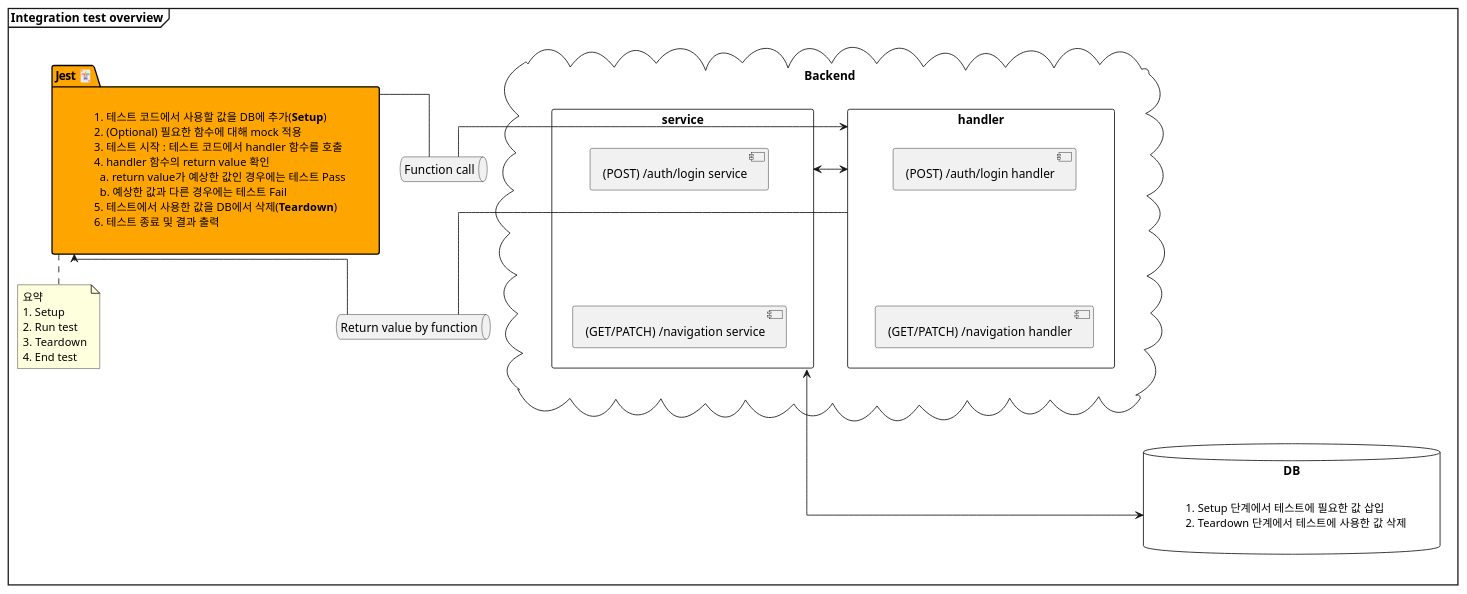
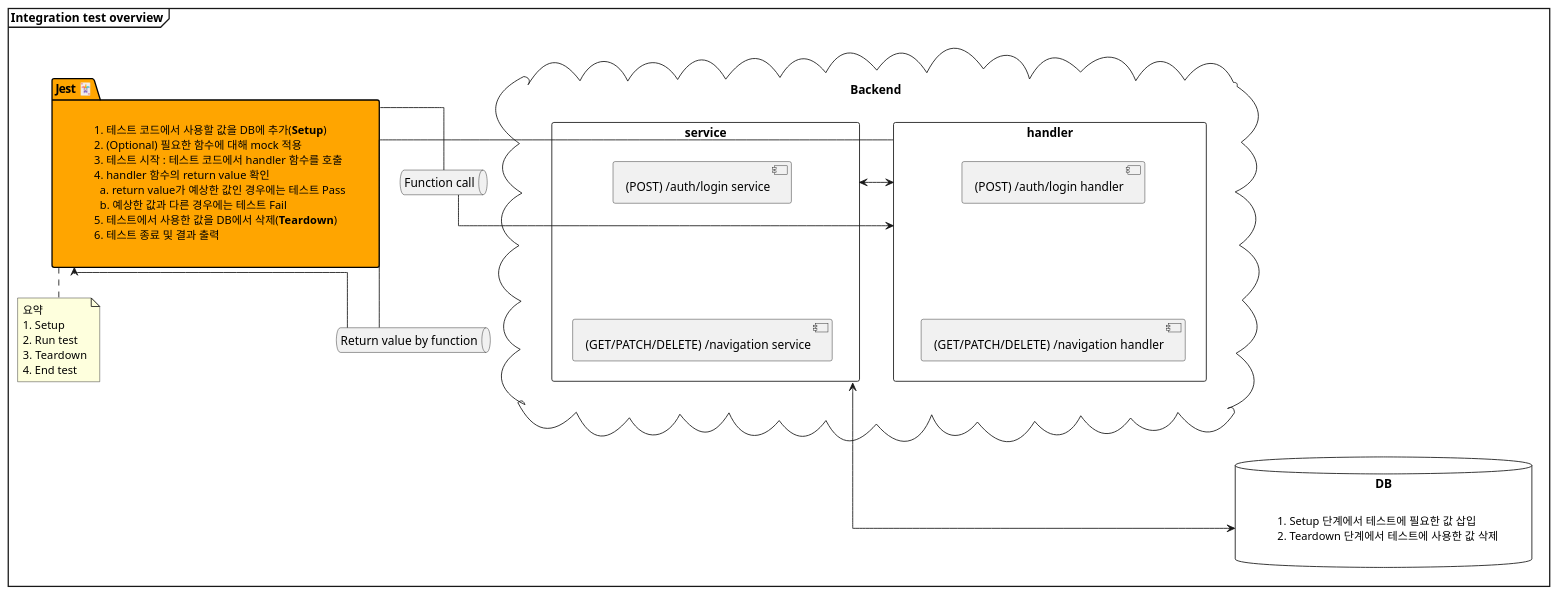
One commit to phoi5675/jest-example changed the diagram in docs/backend/3_integration_test_overview.pu. Above: the diagram before and after it, drawn with PlantUML. The commit also changed 3 other files, not shown here.

First line of the commit message:
Update backend UML docs

```diff
--- a/docs/backend/3_integration_test_overview.pu
+++ b/docs/backend/3_integration_test_overview.pu
@@ -1,86 +1,86 @@
 @startuml 3_integration_test_overview
 mainframe **Integration test overview**
 hide stereotype
 
 skinparam linetype ortho
 skinparam <<transparent>> {
   ComponentStyle rectangle
   ComponentFontColor white
   ComponentBackgroundColor transparent
   ComponentBorderColor transparent
 }
 skinparam DefaultTextAlignment left
 
 skinparam <<jest>> {
   PackageBackgroundColor Orange
 }
 
 skinparam <<jest_note>> {
   NoteBorderColor transparent
   NoteBackgroundColor transparent
 }
 
 skinparam <<database>> {
   DatabaseBackgroundColor Wihte
 }
 
 package "Jest 🃏" <<jest>> AS Jest {
   note AS jest_note <<jest_note>>
     1. 테스트 코드에서 사용할 값을 DB에 추가(**Setup**)
     2. (Optional) 필요한 함수에 대해 mock 적용
     3. 테스트 시작 : 테스트 코드에서 handler 함수를 호출
     4. handler 함수의 return value 확인
       a. return value가 예상한 값인 경우에는 테스트 Pass
       b. 예상한 값과 다른 경우에는 테스트 Fail
     5. 테스트에서 사용한 값을 DB에서 삭제(**Teardown**)
     6. 테스트 종료 및 결과 출력
   end note
 }
 
 note bottom of Jest
   요약
   1. Setup
   2. Run test
   3. Teardown
   4. End test
 end note
 
 queue "Function call" AS function_call
 queue "Return value by function" AS function_return
 
 cloud Backend {
   rectangle handler {
     component "(POST) /auth/login handler" as login_handler
-    component "(GET/PATCH) /navigation handler" as nav_handler
+    component "(GET/PATCH/DELETE) /navigation handler" as nav_handler
 
     login_handler -down[hidden]- nav_handler
   }
   rectangle service {
     component "(POST) /auth/login service" as login_service
-    component "(GET/PATCH) /navigation service" as nav_service
+    component "(GET/PATCH/DELETE) /navigation service" as nav_service
 
     login_service -down[hidden]- nav_service
   }
 }
 
 database DB <<database>> {
   note as db_note <<jest_note>>
     1. Setup 단계에서 테스트에 필요한 값 삽입
     2. Teardown 단계에서 테스트에 사용한 값 삭제
   end note
 }
 
 function_call -down[hidden]- function_return
 
 Jest - function_call
 handler <- function_call
 
 Jest <- function_return
 handler -right- function_return
 
 Jest -right[hidden]- Backend
 DB <-up---> service
 
 handler <-> service
 
 @enduml
```
